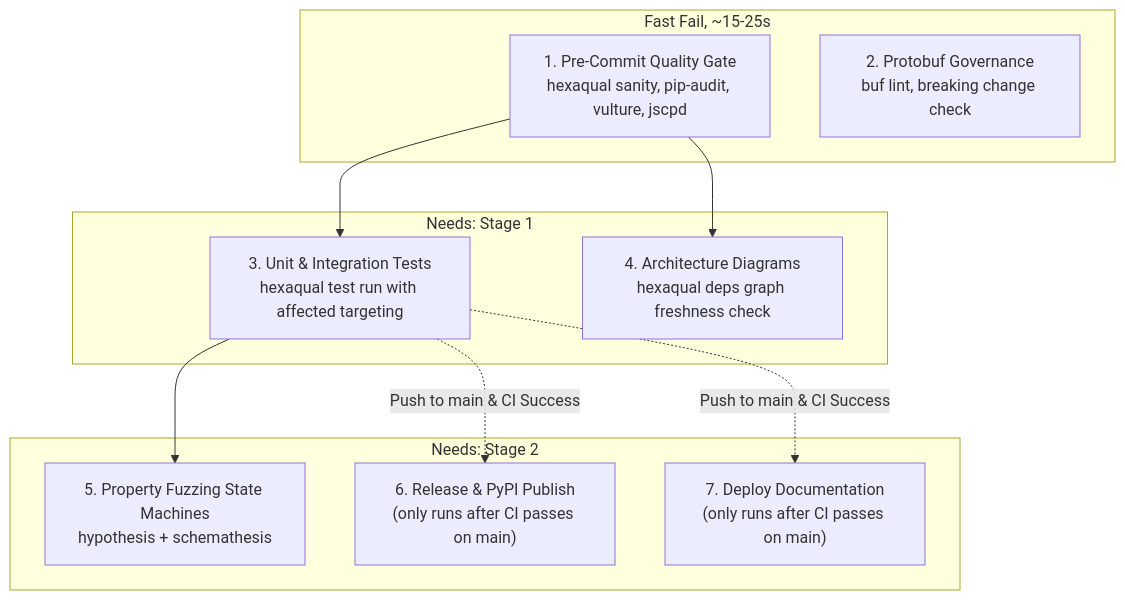
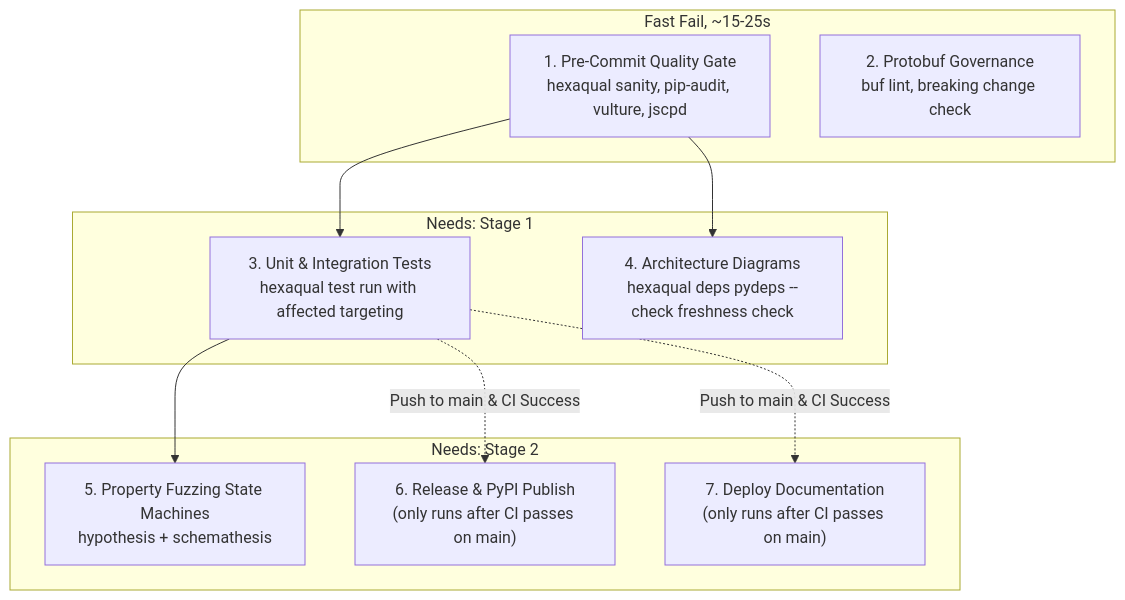
The fourth of 5 diagrams in README.md (TheTrueSCU/hexastack), drawn with Mermaid before and after one commit. The commit also changed other lines of this file and 34 other files, not shown here.

````diff
--- a/README.md
+++ b/README.md
@@ -487,24 +498,24 @@
 ```mermaid
 graph TD
     subgraph Stage 1: Quality Gate & Governance [Fast Fail, ~15-25s]
         QG["1. Pre-Commit Quality Gate<br/>hexaqual sanity, pip-audit, vulture, jscpd"]
         BUF["2. Protobuf Governance<br/>buf lint, breaking change check"]
     end
 
     subgraph Stage 2: Verification & Diagrams [Needs: Stage 1]
         TEST["3. Unit & Integration Tests<br/>hexaqual test run with affected targeting"]
-        DIAG["4. Architecture Diagrams<br/>hexaqual deps graph freshness check"]
+        DIAG["4. Architecture Diagrams<br/>hexaqual deps pydeps --check freshness check"]
     end
 
     subgraph Stage 3: Deep Fuzzing & Releases [Needs: Stage 2]
         FUZZ["5. Property Fuzzing State Machines<br/>hypothesis + schemathesis"]
         REL["6. Release & PyPI Publish<br/>(only runs after CI passes on main)"]
         DOCS["7. Deploy Documentation<br/>(only runs after CI passes on main)"]
     end
 
     QG --> TEST
     QG --> DIAG
     TEST --> FUZZ
     TEST -.->|Push to main & CI Success| REL
     TEST -.->|Push to main & CI Success| DOCS
 ```
````
